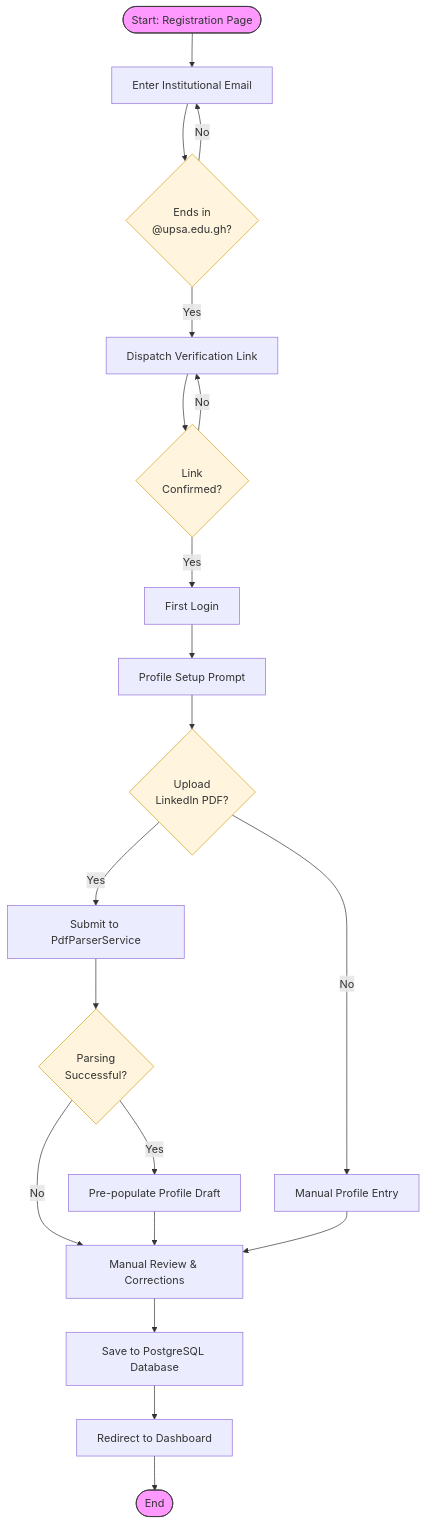
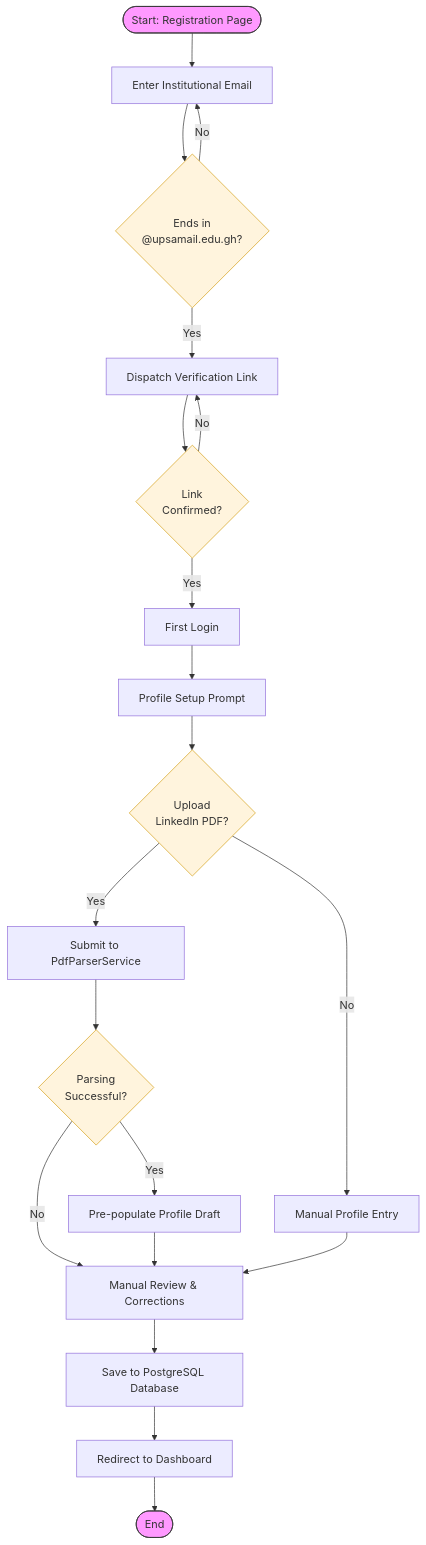
The diagram in docs/CONTEXT_DIAGRAM_PROMPT.md (Mayback112/skill-bridge), drawn with Mermaid before and after one commit. The commit also changed other lines of this file and 13 other files, not shown here.

Commit message:
refactor: update graduate email validation domain to upsamail.edu.gh

````diff
--- a/docs/CONTEXT_DIAGRAM_PROMPT.md
+++ b/docs/CONTEXT_DIAGRAM_PROMPT.md
@@ -9,38 +9,38 @@
 ```mermaid
 flowchart TD
     Start([Start: Registration Page]) --> EmailInput[Enter Institutional Email]
     
-    EmailInput --> ValidEmail{Ends in <br/> @upsa.edu.gh?}
+    EmailInput --> ValidEmail{Ends in <br/> @upsamail.edu.gh?}
     ValidEmail -- No --> EmailInput
     ValidEmail -- Yes --> SendLink[Dispatch Verification Link]
     
     SendLink --> Verified{Link <br/> Confirmed?}
     Verified -- No --> SendLink
     Verified -- Yes --> Login[First Login]
     
     Login --> SetupPrompt[Profile Setup Prompt]
     
     SetupPrompt --> PDFChoice{Upload <br/> LinkedIn PDF?}
     
     PDFChoice -- No --> ManualFill[Manual Profile Entry]
     PDFChoice -- Yes --> PDFUpload[Submit to PdfParserService]
     
     PDFUpload --> Parsing{Parsing <br/> Successful?}
     Parsing -- No --> ManualReview[Manual Review & Corrections]
     Parsing -- Yes --> PrePopulate[Pre-populate Profile Draft]
     
     PrePopulate --> ManualReview
     ManualFill --> ManualReview
     
     ManualReview --> SaveDB[Save to PostgreSQL Database]
     SaveDB --> Dashboard[Redirect to Dashboard]
     Dashboard --> End([End])
 
     %% Styling
     style Start fill:#f9f,stroke:#333
     style End fill:#f9f,stroke:#333
     style ValidEmail fill:#fff4dd,stroke:#d4a017
     style Verified fill:#fff4dd,stroke:#d4a017
     style PDFChoice fill:#fff4dd,stroke:#d4a017
     style Parsing fill:#fff4dd,stroke:#d4a017
 ```
````
